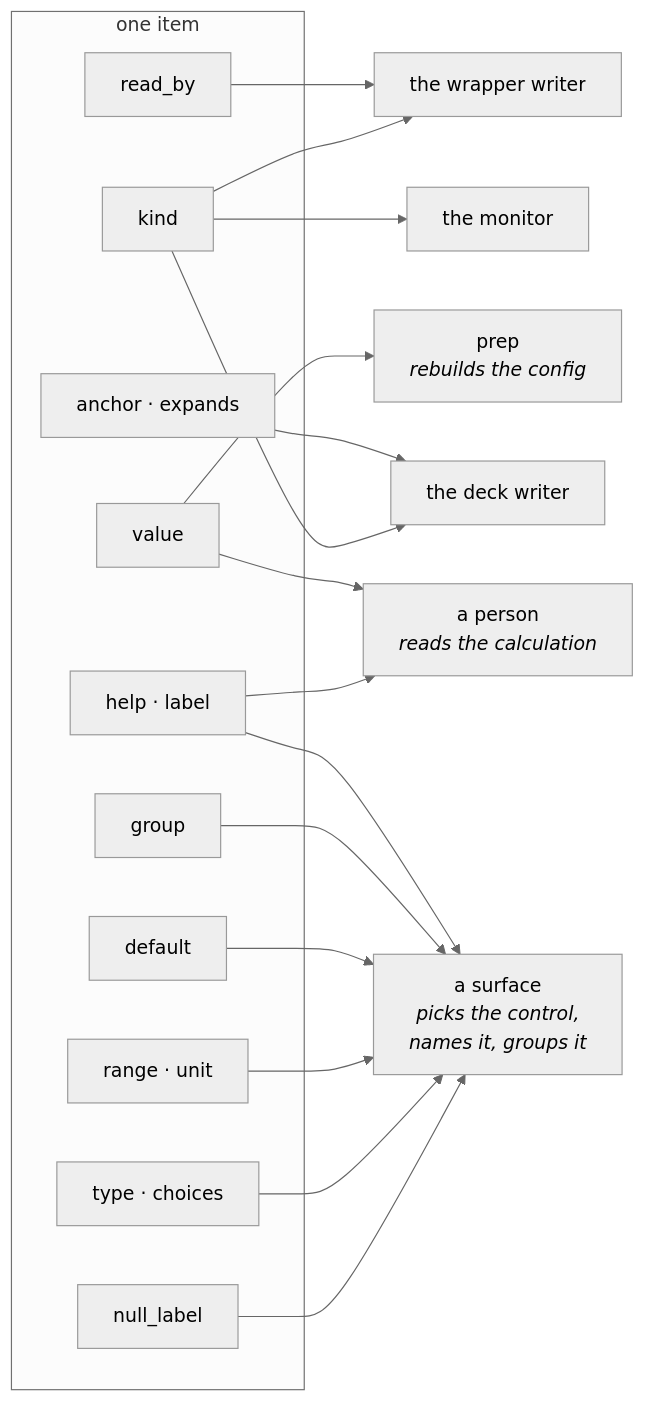
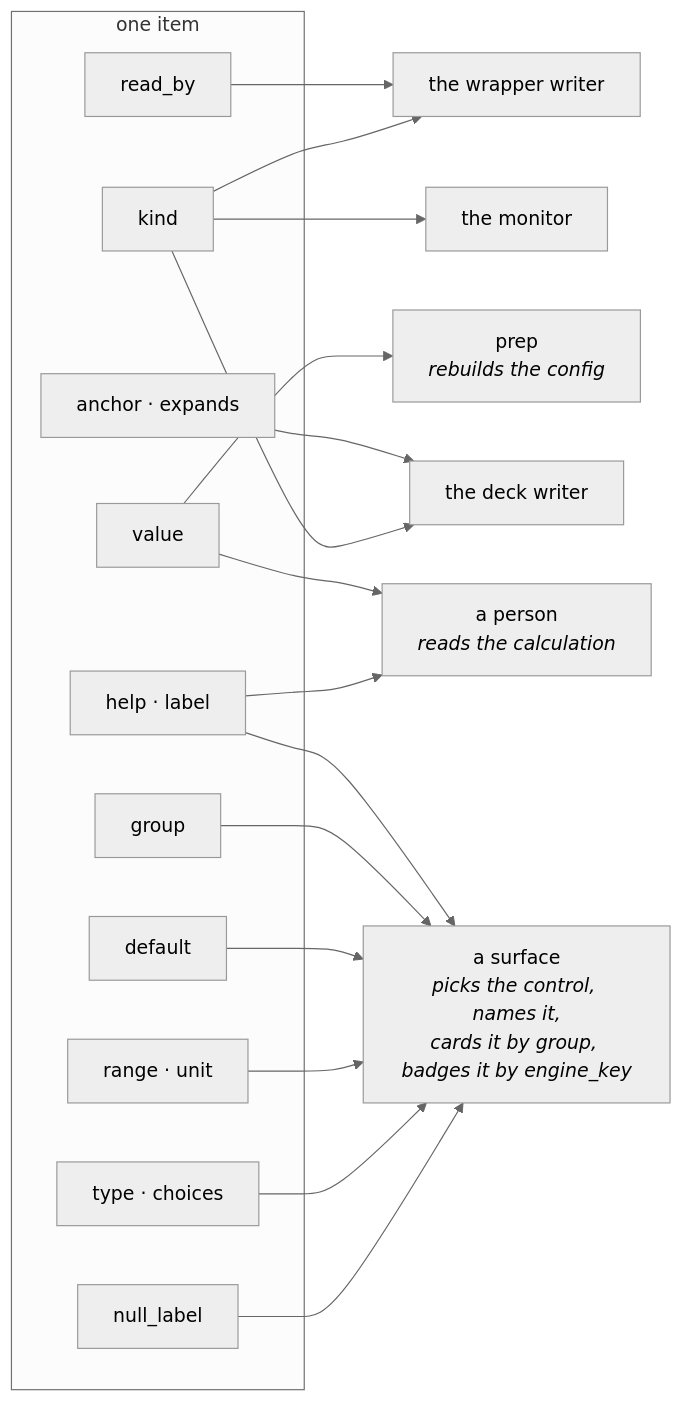
One commit to Qing-LAB/molbuilder changed the third of 8 diagrams in docs/engines/template.md. Above: the diagram before and after it, drawn with Mermaid (neutral theme). The commit also changed other lines of this file and 43 other files, not shown here.

````diff
--- a/docs/engines/template.md
+++ b/docs/engines/template.md
@@ -440,22 +549,22 @@
 ```mermaid
 flowchart LR
     subgraph I["one item"]
       K["kind"]; RB["read_by"]; V["value"]; D["default"]
       T["type · choices"]; R["range · unit"]; G["group"]; H["help · label"]; A["anchor · expands"]
       NL["null_label"]
     end
     NL --> UI
-    T --> UI["a surface<br/><i>picks the control,<br/>names it, groups it</i>"]
+    T --> UI["a surface<br/><i>picks the control, names it,<br/>cards it by group, badges it by engine_key</i>"]
     R --> UI
     D --> UI
     G --> UI
     H --> UI
     H --> P["a person<br/><i>reads the calculation</i>"]
     V --> P
     V --> PR["prep<br/><i>rebuilds the config</i>"]
     K --> DW["the deck writer"]
     A --> DW
     K --> WW["the wrapper writer"]
     RB --> WW
     K --> MON["the monitor"]
 ```
````
